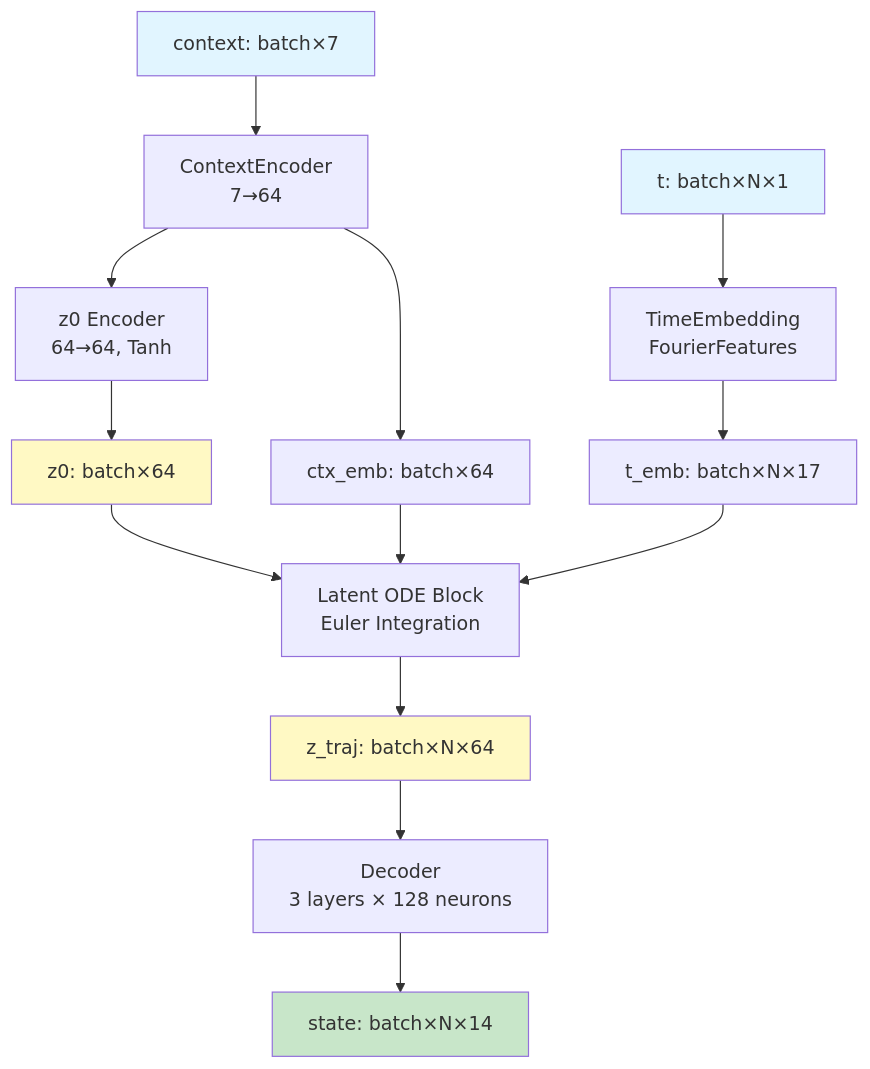
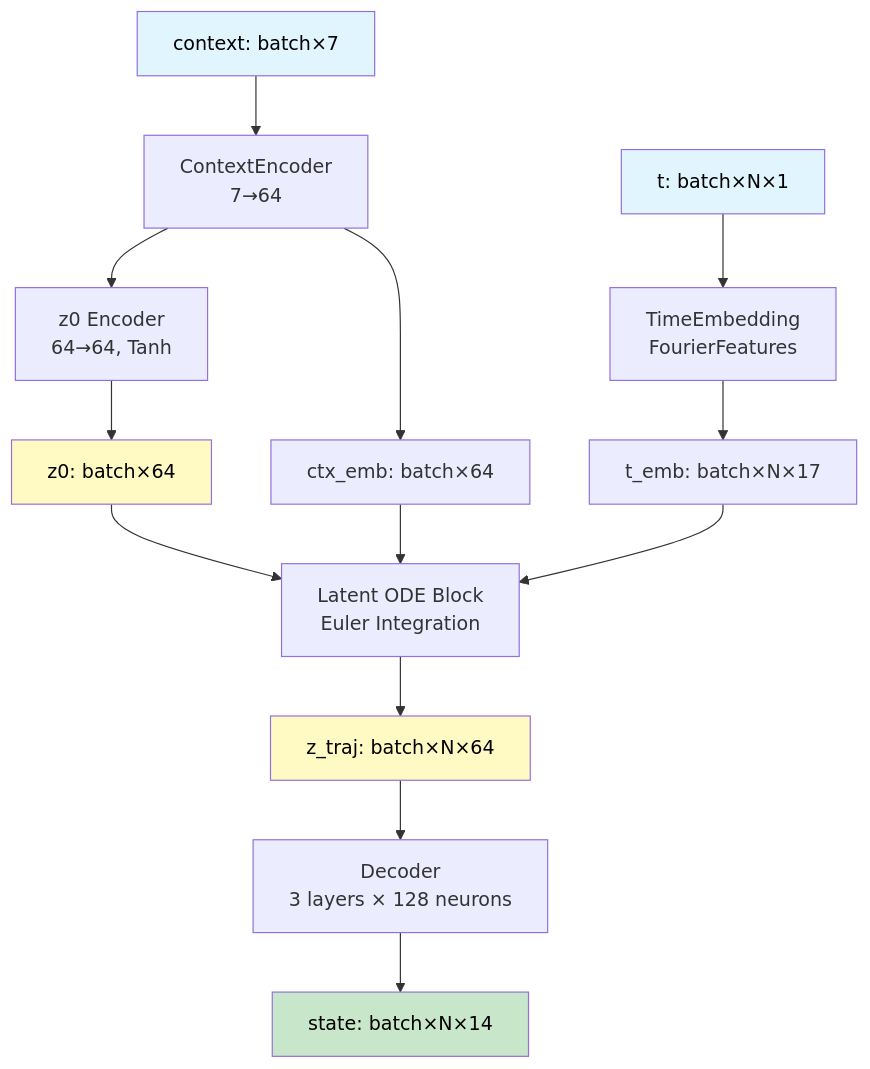
The second of 11 diagrams in docs/architecture_diagram.md (hahahuy/thesis-rocket-trajectory-optimizer), drawn with Mermaid before and after one commit. The commit also changed other lines of this file, not shown here.

Commit message:
diagram fix

````diff
--- a/docs/architecture_diagram.md
+++ b/docs/architecture_diagram.md
@@ -30,24 +30,24 @@
 ```mermaid
 graph TD
-    A[context: batch×7] --> B[ContextEncoder<br/>7→64]
-    B --> C[z0 Encoder<br/>64→64, Tanh]
-    C --> D[z0: batch×64]
+    A["context: batch×7"] --> B["ContextEncoder<br/>7→64"]
+    B --> C["z0 Encoder<br/>64→64, Tanh"]
+    C --> D["z0: batch×64"]
     
-    E[t: batch×N×1] --> F[TimeEmbedding<br/>FourierFeatures]
-    F --> G[t_emb: batch×N×17]
-    B --> H[ctx_emb: batch×64]
+    E["t: batch×N×1"] --> F["TimeEmbedding<br/>FourierFeatures"]
+    F --> G["t_emb: batch×N×17"]
+    B --> H["ctx_emb: batch×64"]
     
-    D --> I[Latent ODE Block<br/>Euler Integration]
+    D --> I["Latent ODE Block<br/>Euler Integration"]
     G --> I
     H --> I
-    I --> J[z_traj: batch×N×64]
+    I --> J["z_traj: batch×N×64"]
     
-    J --> K[Decoder<br/>3 layers × 128 neurons]
-    K --> L[state: batch×N×14]
+    J --> K["Decoder<br/>3 layers × 128 neurons"]
+    K --> L["state: batch×N×14"]
     
-    style A fill:#e1f5ff
-    style E fill:#e1f5ff
-    style D fill:#fff9c4
-    style J fill:#fff9c4
-    style L fill:#c8e6c9
+    style A fill:#e1f5ff,color:#000000
+    style E fill:#e1f5ff,color:#000000
+    style D fill:#fff9c4,color:#000000
+    style J fill:#fff9c4,color:#000000
+    style L fill:#c8e6c9,color:#000000
 ```
````
